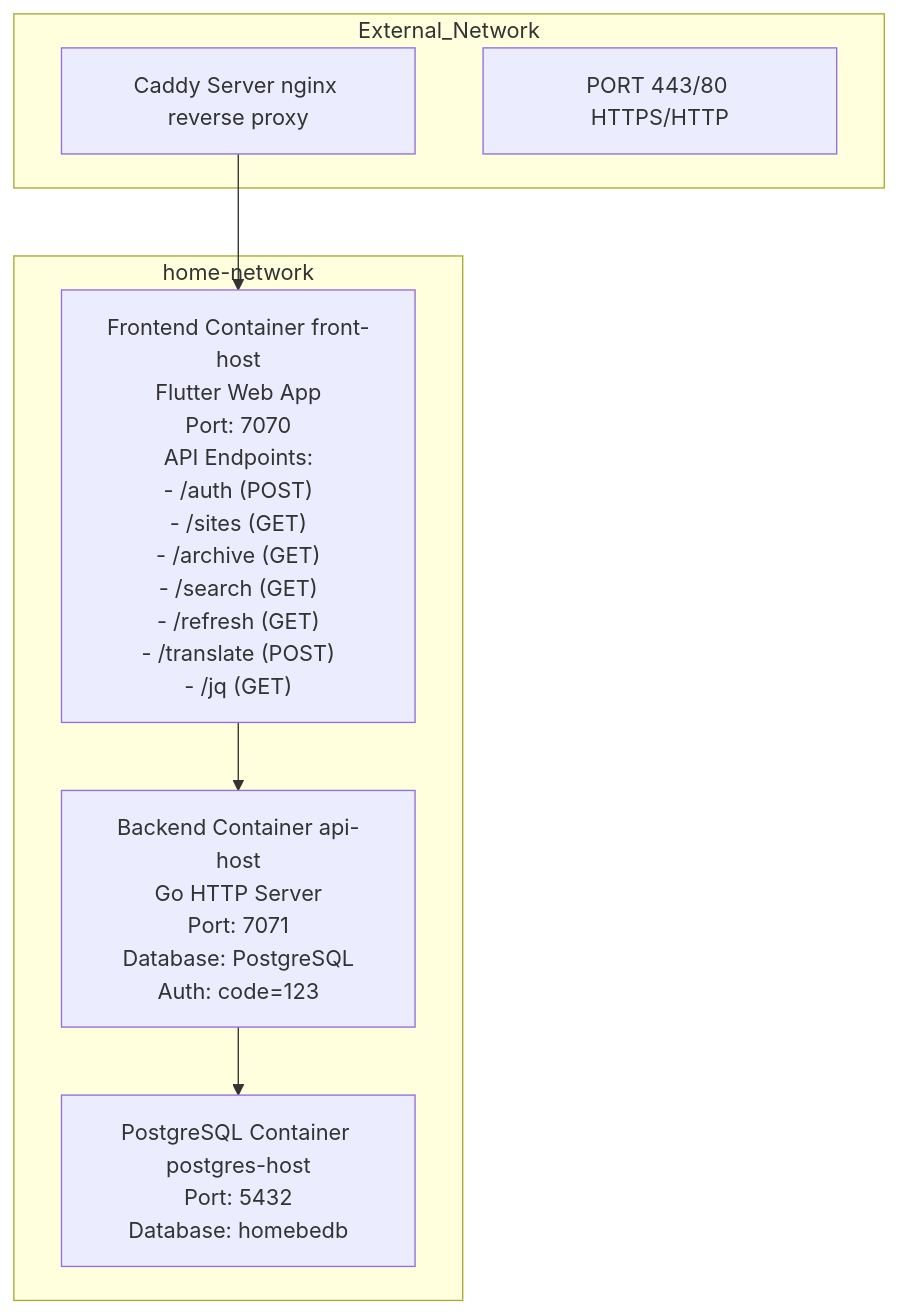
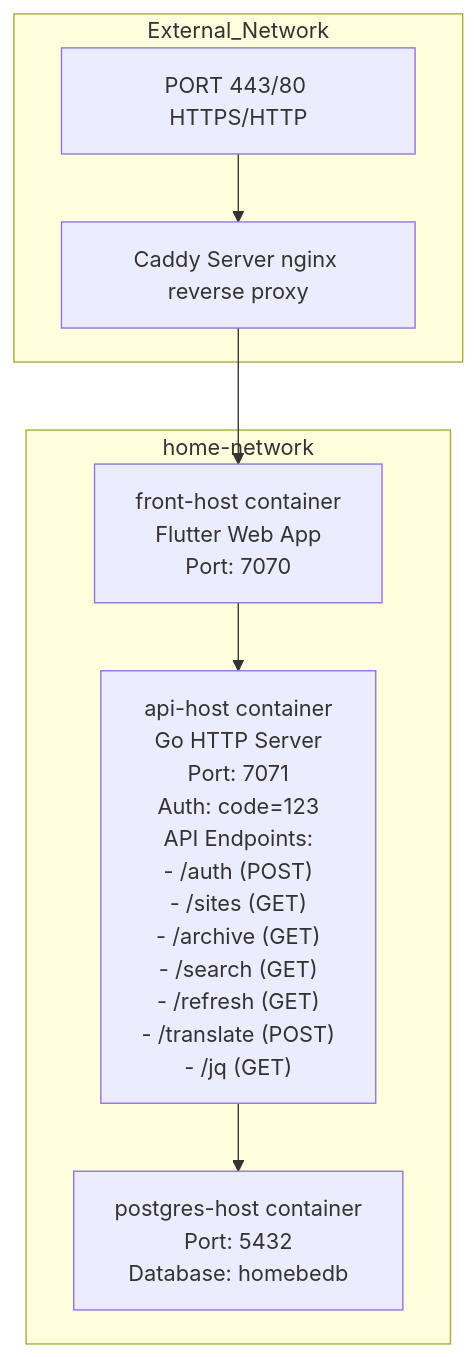
One commit to janevala/home_fe changed the diagram in DOC.md. Above: the diagram before and after it, drawn with Mermaid.

````diff
--- a/DOC.md
+++ b/DOC.md
@@ -46,17 +46,18 @@
 ```mermaid
 graph TB
     subgraph External_Network
         A["Caddy Server nginx reverse proxy"]
         B["PORT 443/80 HTTPS/HTTP"]
     end
     
     subgraph Docker_Network["home-network"]
-        D["Frontend Container front-host<br/>Flutter Web App<br/>Port: 7070<br/>API Endpoints:<br/>- /auth (POST)<br/>- /sites (GET)<br/>- /archive (GET)<br/>- /search (GET)<br/>- /refresh (GET)<br/>- /translate (POST)<br/>- /jq (GET)"]
-        C["Backend Container api-host<br/>Go HTTP Server<br/>Port: 7071<br/>Database: PostgreSQL<br/>Auth: code=123"]
-        E["PostgreSQL Container postgres-host<br/>Port: 5432<br/>Database: homebedb"]
+        D["front-host container<br/>Flutter Web App<br/>Port: 7070"]
+        C["api-host container<br/>Go HTTP Server<br/>Port: 7071<br/>Auth: code=123<br/>API Endpoints:<br/>- /auth (POST)<br/>- /sites (GET)<br/>- /archive (GET)<br/>- /search (GET)<br/>- /refresh (GET)<br/>- /translate (POST)<br/>- /jq (GET)"]
+        E["postgres-host container<br/>Port: 5432<br/>Database: homebedb"]
     end
     
+    B --> A
     A --> D
     D --> C
     C --> E
 ```
````
